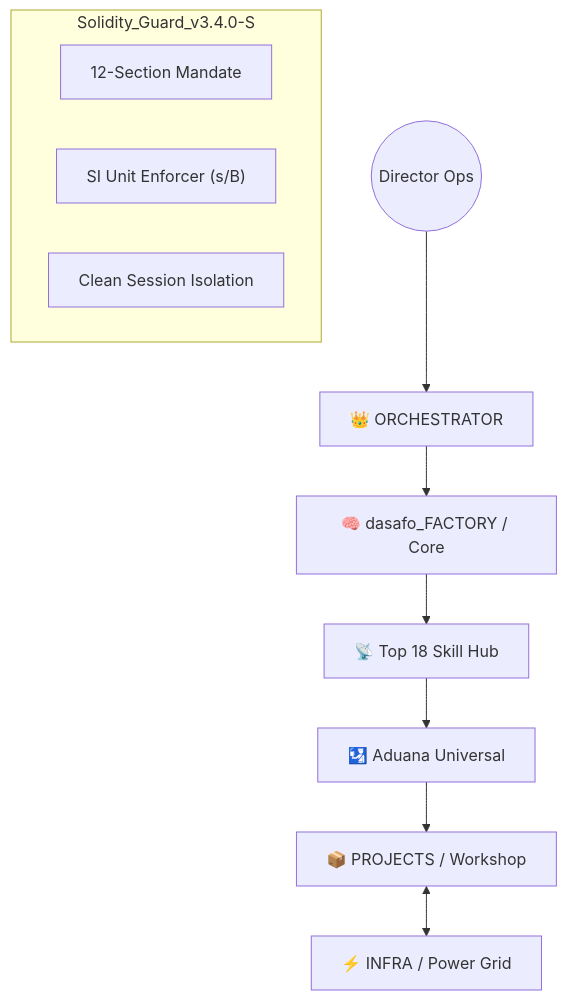
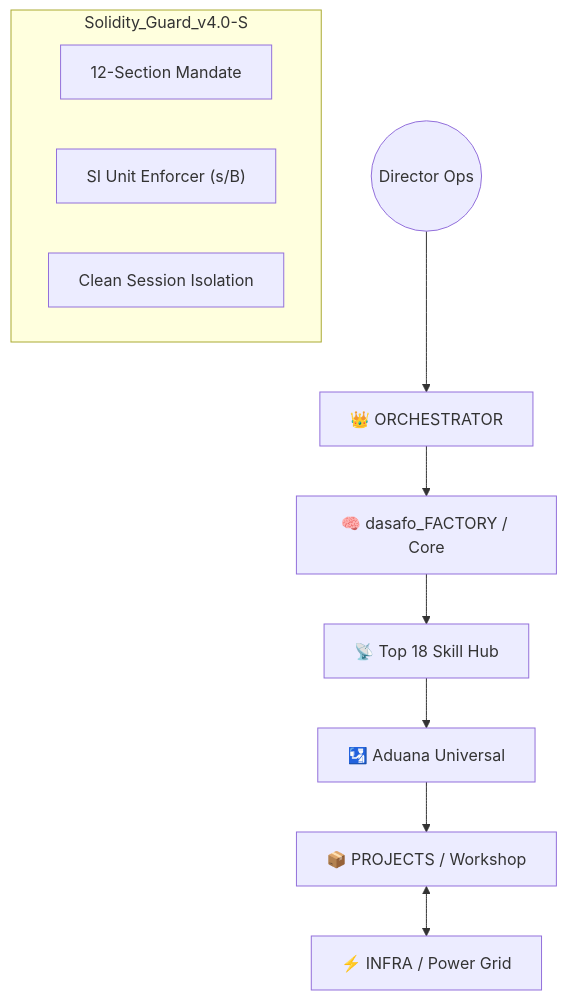
One commit to dasafo/dasafo_Systems changed the diagram in README.md. Above: the diagram before and after it, drawn with Mermaid. The commit also changed other lines of this file and 158 other files, not shown here.

````diff
--- a/README.md
+++ b/README.md
@@ -16,15 +16,15 @@
 ```mermaid
 graph TD
     User((Director Ops)) --> Orch["👑 ORCHESTRATOR"]
     Orch --> Factory["🧠 dasafo_FACTORY / Core"]
     Factory --> Hub["📡 Top 18 Skill Hub"]
     Hub --> Gate["🛂 Aduana Universal"]
     Gate --> Projects["📦 PROJECTS / Workshop"]
     Projects <--> Infra["⚡ INFRA / Power Grid"]
 
-    subgraph Solidity_Guard_v3.4.0-S
+    subgraph Solidity_Guard_v4.0-S
         PRP["12-Section Mandate"]
         SI["SI Unit Enforcer (s/B)"]
         Clean["Clean Session Isolation"]
     end
 ```
````
